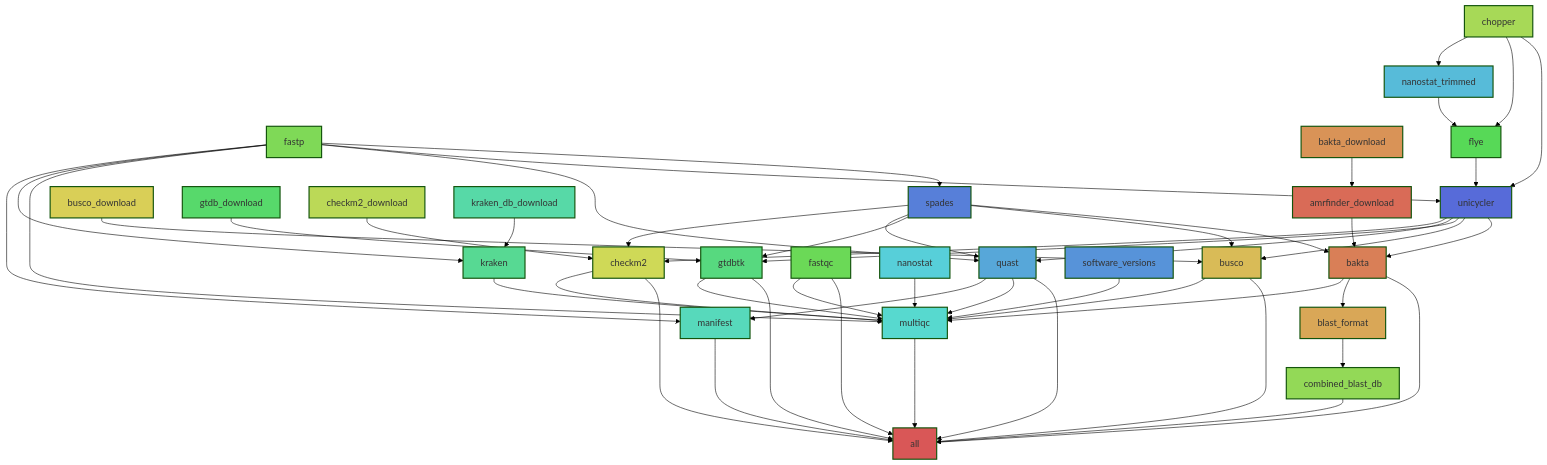
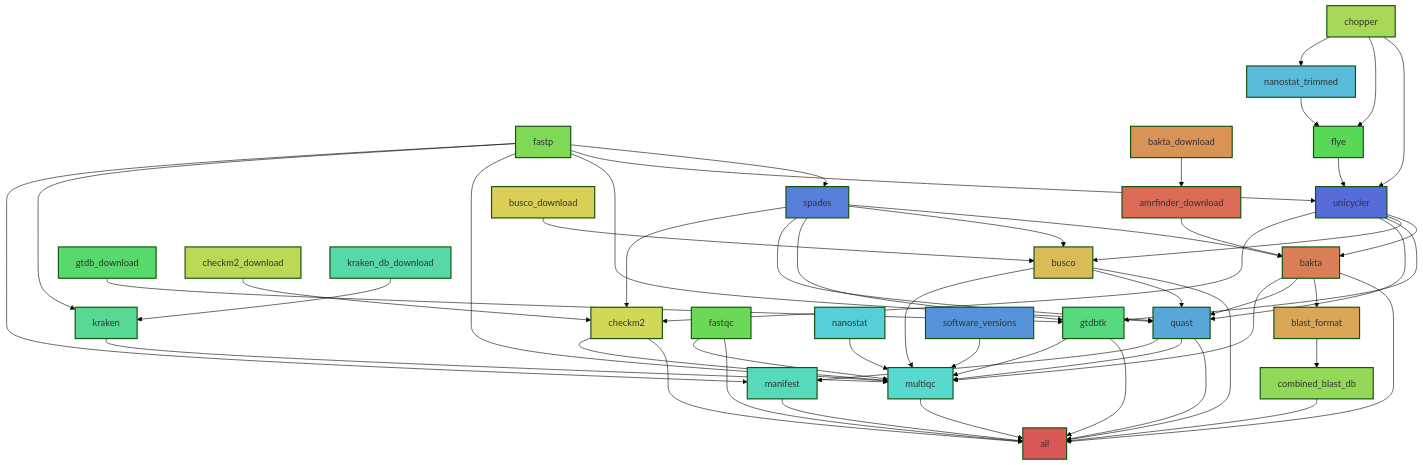
Before and after one commit to bartongroup/BugBuilder_II: the diagram in README.md, drawn with Mermaid (forest theme). The commit also changed other lines of this file and 2 other files, not shown here.

Commit message:
Fix resource requests Update rulegraph

```diff
--- a/README.md
+++ b/README.md
@@ -223,50 +221,52 @@
 	style id23 fill:#57D9A7,stroke-width:2px,color:#333333
 	style id24 fill:#5793D9,stroke-width:2px,color:#333333
 	style id25 fill:#57D9BB,stroke-width:2px,color:#333333
+	id25 --> id0
+	id14 --> id0
+	id16 --> id0
+	id17 --> id0
 	id10 --> id0
-	id14 --> id0
-	id12 --> id0
 	id1 --> id0
-	id17 --> id0
-	id25 --> id0
 	id19 --> id0
 	id20 --> id0
-	id16 --> id0
-	id2 --> id1
+	id12 --> id0
 	id6 --> id1
 	id4 --> id1
+	id2 --> id1
 	id3 --> id2
 	id5 --> id4
+	id8 --> id6
 	id7 --> id6
-	id8 --> id6
 	id3 --> id6
+	id9 --> id8
 	id7 --> id8
-	id9 --> id8
 	id7 --> id9
 	id11 --> id10
 	id1 --> id11
-	id2 --> id12
 	id6 --> id12
 	id13 --> id12
+	id2 --> id12
+	id6 --> id14
 	id2 --> id14
-	id6 --> id14
 	id15 --> id14
 	id2 --> id16
+	id3 --> id16
+	id1 --> id16
 	id6 --> id16
-	id3 --> id16
+	id12 --> id16
+	id6 --> id17
+	id2 --> id17
 	id18 --> id17
-	id2 --> id17
-	id6 --> id17
 	id14 --> id20
+	id22 --> id20
+	id3 --> id20
+	id17 --> id20
+	id16 --> id20
+	id1 --> id20
+	id19 --> id20
+	id24 --> id20
 	id12 --> id20
 	id21 --> id20
-	id22 --> id20
-	id1 --> id20
-	id17 --> id20
-	id24 --> id20
-	id3 --> id20
-	id19 --> id20
-	id16 --> id20
 	id23 --> id22
 	id3 --> id22
 	id16 --> id25
```
